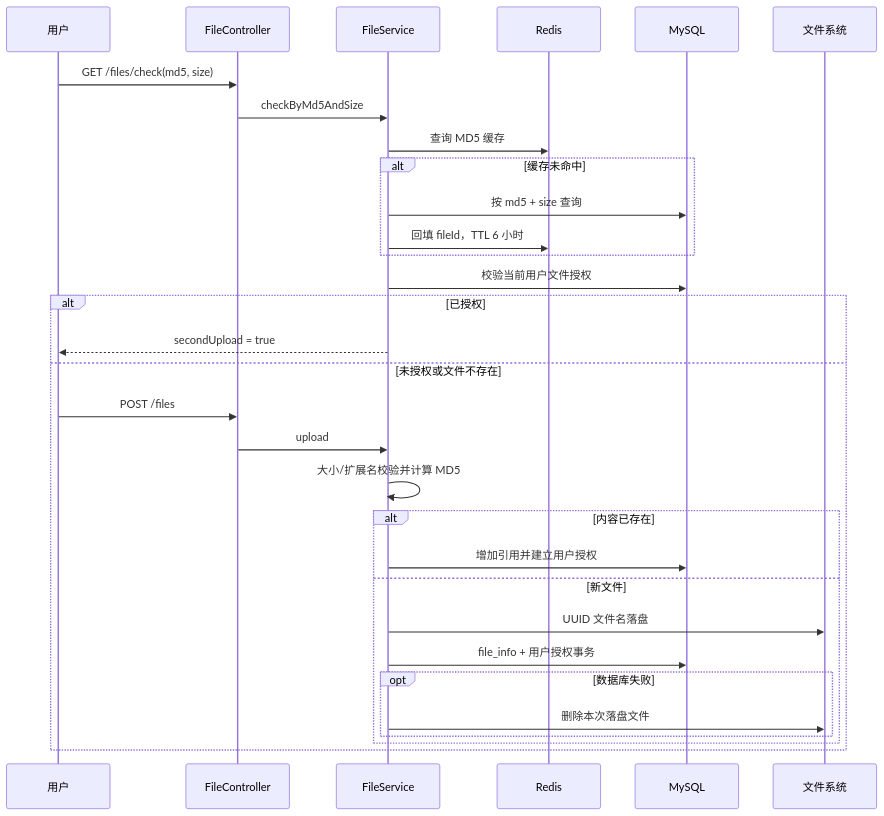
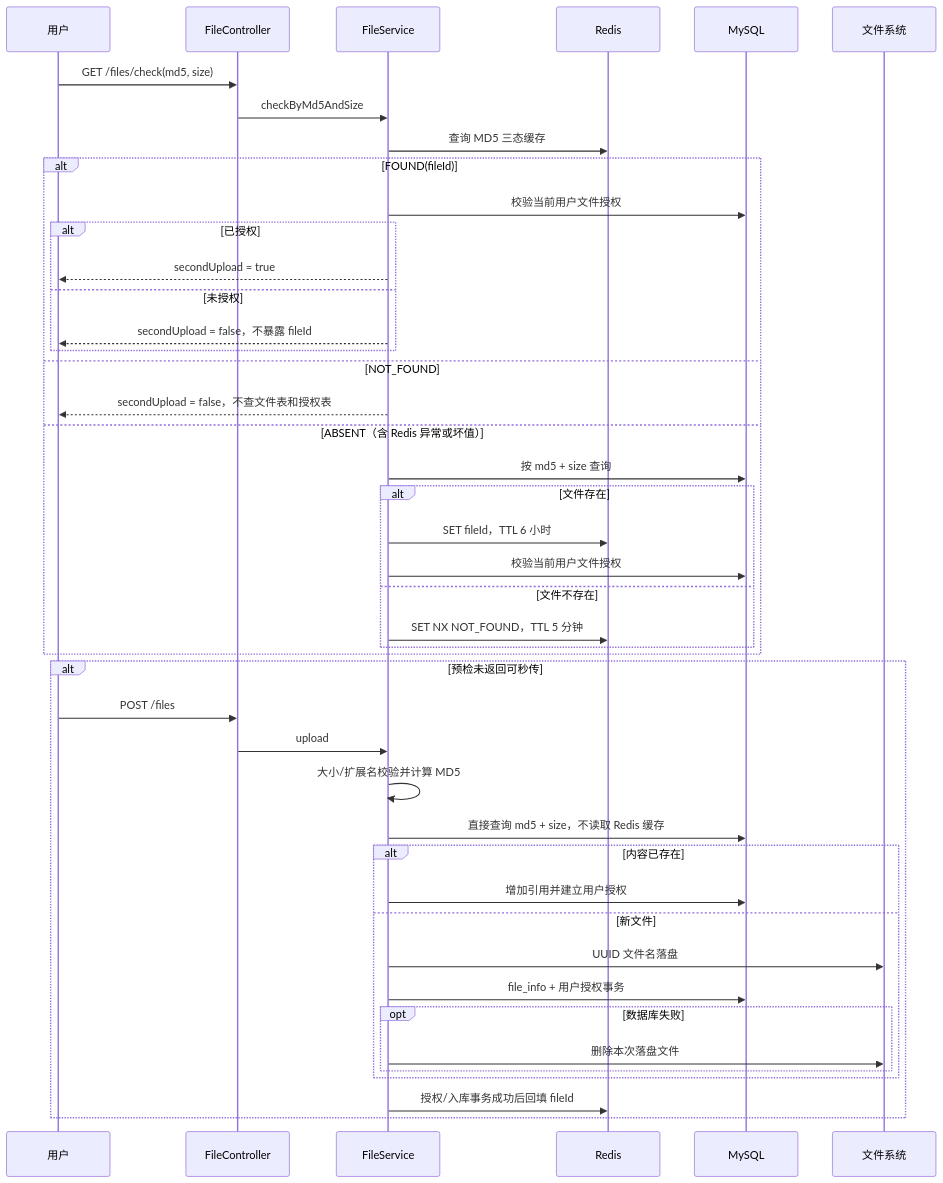
The third of 6 diagrams in docs/interview/02-modules-and-business-flows.md (clear48/campus-resource-platform), drawn with Mermaid before and after one commit. The commit also changed other lines of this file and 7 other files, not shown here.

````diff
--- a/docs/interview/02-modules-and-business-flows.md
+++ b/docs/interview/02-modules-and-business-flows.md
@@ -155,34 +155,47 @@
 ```mermaid
 sequenceDiagram
     participant U as 用户
     participant C as FileController
     participant S as FileService
     participant R as Redis
     participant DB as MySQL
     participant FS as 文件系统
 
     U->>C: GET /files/check(md5, size)
     C->>S: checkByMd5AndSize
-    S->>R: 查询 MD5 缓存
-    alt 缓存未命中
+    S->>R: 查询 MD5 三态缓存
+    alt FOUND(fileId)
+        S->>DB: 校验当前用户文件授权
+        alt 已授权
+            S-->>U: secondUpload = true
+        else 未授权
+            S-->>U: secondUpload = false，不暴露 fileId
+        end
+    else NOT_FOUND
+        S-->>U: secondUpload = false，不查文件表和授权表
+    else ABSENT（含 Redis 异常或坏值）
         S->>DB: 按 md5 + size 查询
-        S->>R: 回填 fileId，TTL 6 小时
+        alt 文件存在
+            S->>R: SET fileId，TTL 6 小时
+            S->>DB: 校验当前用户文件授权
+        else 文件不存在
+            S->>R: SET NX NOT_FOUND，TTL 5 分钟
+        end
     end
-    S->>DB: 校验当前用户文件授权
-    alt 已授权
-        S-->>U: secondUpload = true
-    else 未授权或文件不存在
+    alt 预检未返回可秒传
         U->>C: POST /files
         C->>S: upload
         S->>S: 大小/扩展名校验并计算 MD5
+        S->>DB: 直接查询 md5 + size，不读取 Redis 缓存
         alt 内容已存在
             S->>DB: 增加引用并建立用户授权
         else 新文件
             S->>FS: UUID 文件名落盘
             S->>DB: file_info + 用户授权事务
             opt 数据库失败
                 S->>FS: 删除本次落盘文件
             end
         end
+        S->>R: 授权/入库事务成功后回填 fileId
     end
 ```
````
